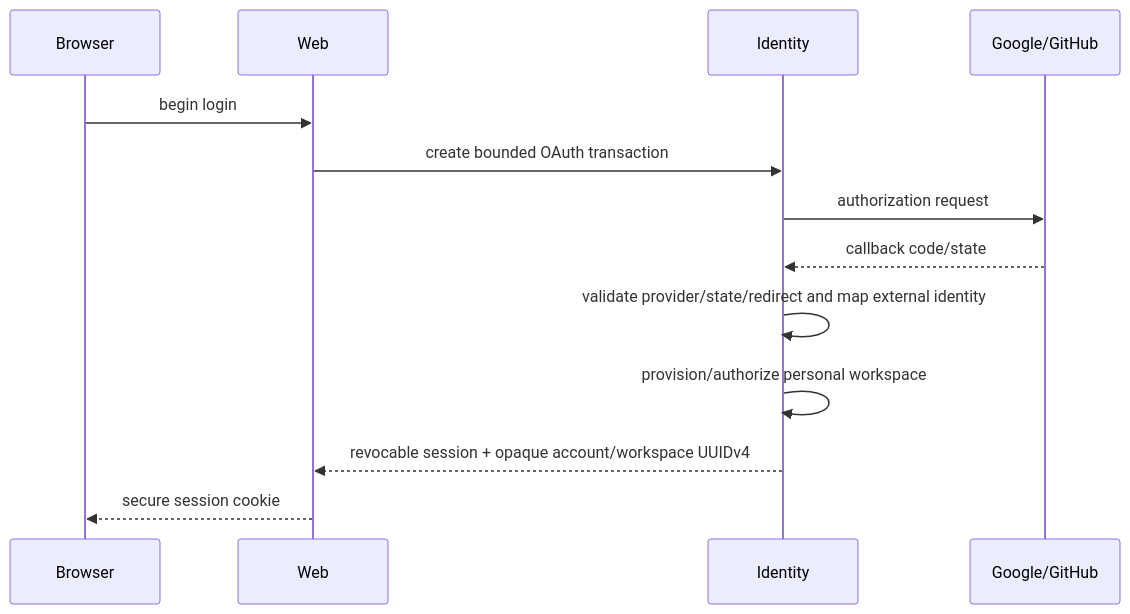
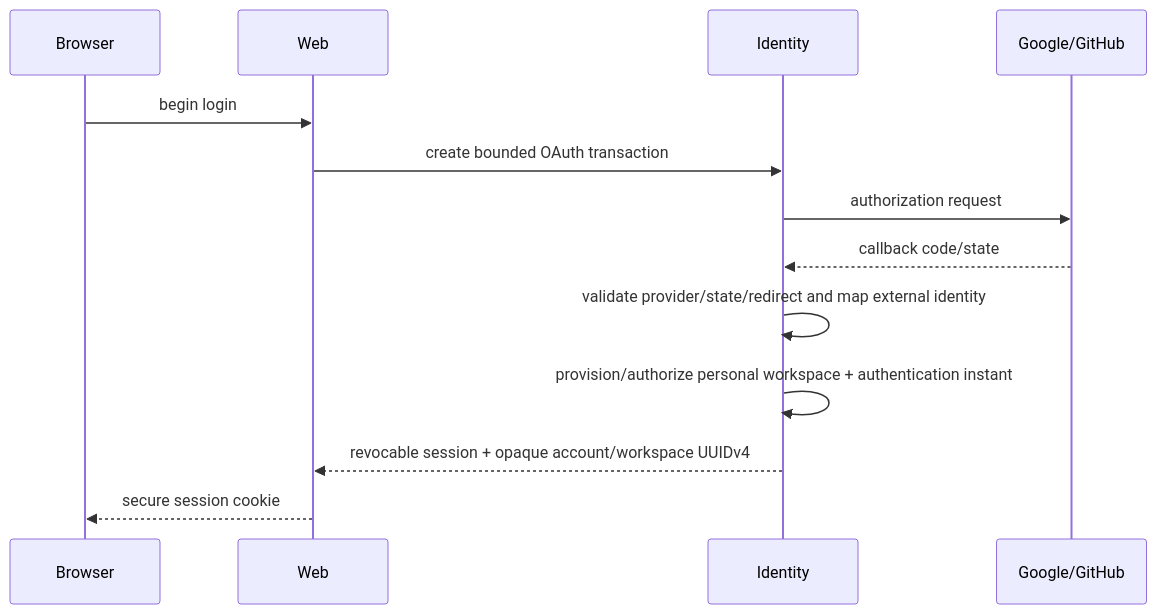
The second of 14 diagrams in docs/UML.md (ContextualWisdomLab/life-os), drawn with Mermaid before and after one commit. The commit also changed other lines of this file, not shown here.

Commit message:
docs(uml): add rights and verification evidence flows

````diff
--- a/docs/UML.md
+++ b/docs/UML.md
@@ -36,15 +43,15 @@
 ```mermaid
 sequenceDiagram
     participant Browser
     participant Web
     participant Identity
     participant Provider as Google/GitHub
     Browser->>Web: begin login
     Web->>Identity: create bounded OAuth transaction
     Identity->>Provider: authorization request
     Provider-->>Identity: callback code/state
     Identity->>Identity: validate provider/state/redirect and map external identity
-    Identity->>Identity: provision/authorize personal workspace
+    Identity->>Identity: provision/authorize personal workspace + authentication instant
     Identity-->>Web: revocable session + opaque account/workspace UUIDv4
     Web-->>Browser: secure session cookie
 ```
````
